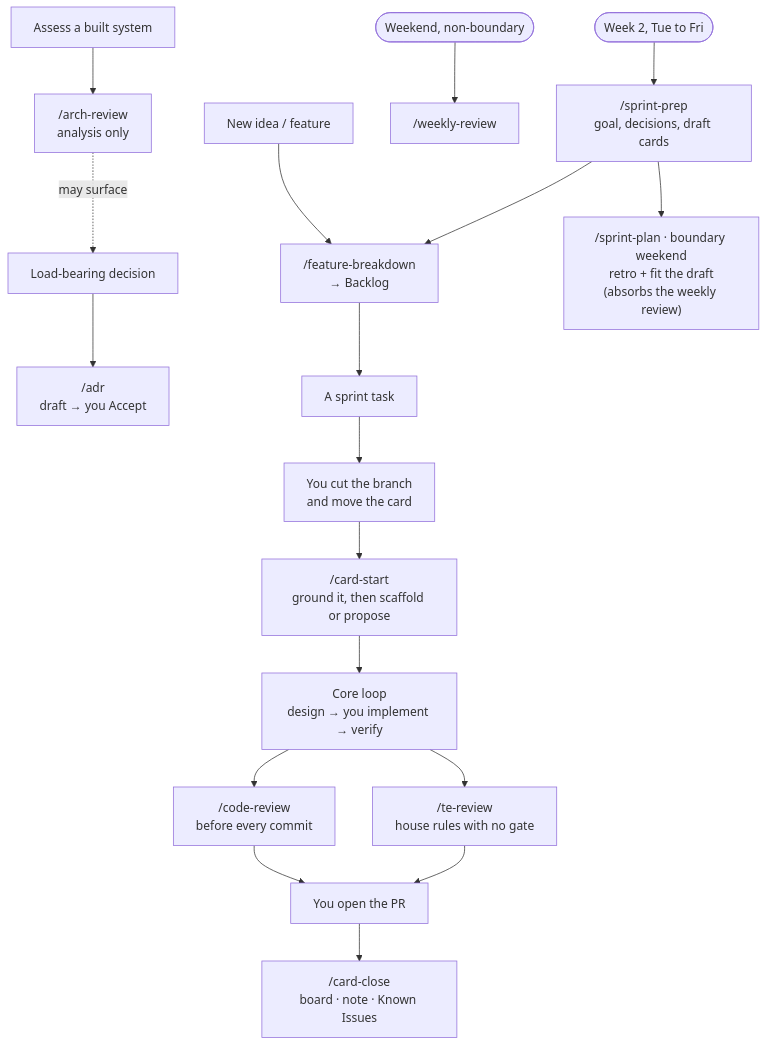
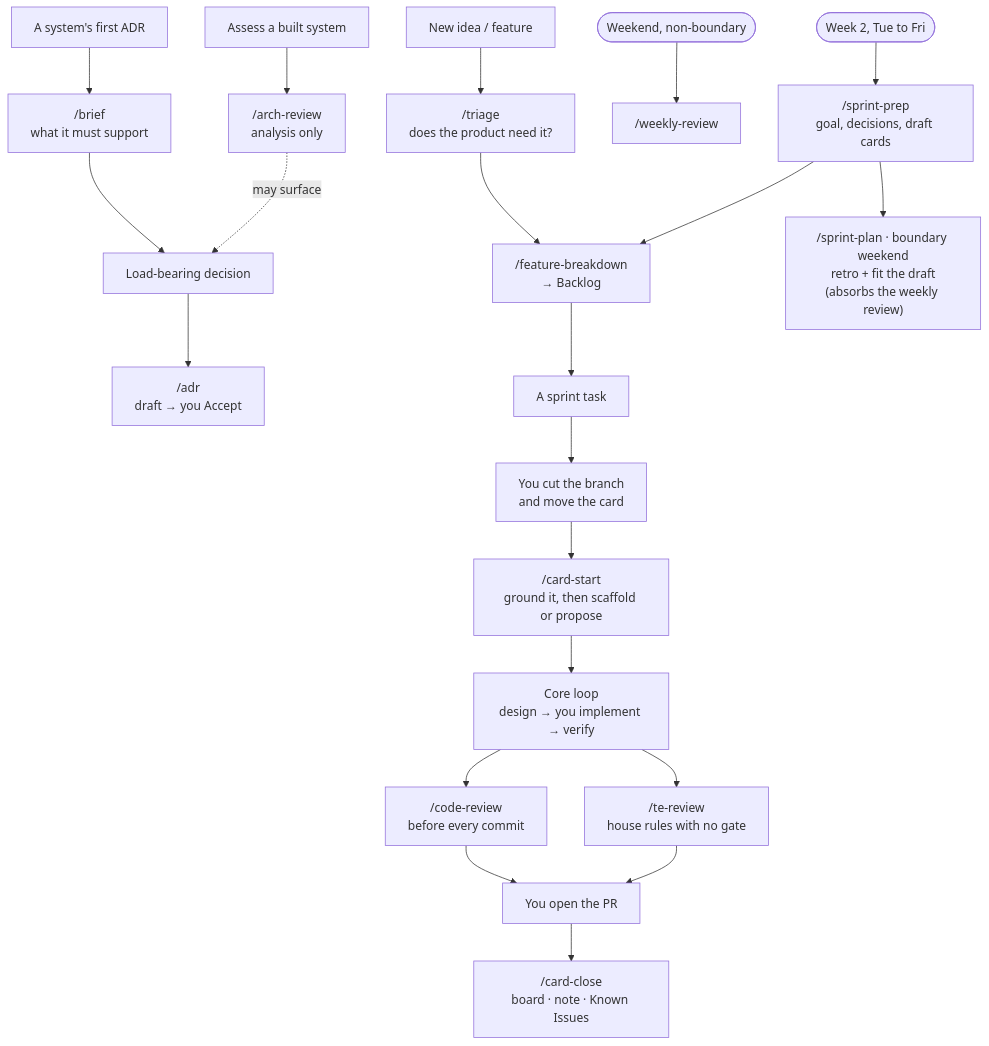
One commit to techattackteam/TechEngine-vault changed the diagram in 08 AI/Working with Claude - Operating Guide.md. Above: the diagram before and after it, drawn with Mermaid. The commit also changed other lines of this file and 21 other files, not shown here.

````diff
--- a/08 AI/Working with Claude - Operating Guide.md
+++ b/08 AI/Working with Claude - Operating Guide.md
@@ -80,19 +84,22 @@
 ```mermaid
 flowchart TD
-  IDEA["New idea / feature"] --> FB["/feature-breakdown<br/>→ Backlog"]
+  IDEA["New idea / feature"] --> TRI["/triage<br/>does the product need it?"]
+  TRI --> FB["/feature-breakdown<br/>→ Backlog"]
+  SYSNEW["A system's first ADR"] --> BR["/brief<br/>what it must support"]
+  BR --> DEC
   DEC["Load-bearing decision"] --> ADR["/adr<br/>draft → you Accept"]
   SYS["Assess a built system"] --> AR["/arch-review<br/>analysis only"]
   AR -. may surface .-> DEC
   FB --> TASK["A sprint task"]
   TASK --> GO["You cut the branch<br/>and move the card"]
   GO --> CS["/card-start<br/>ground it, then scaffold or propose"]
   CS --> LOOP["Core loop<br/>design → you implement → verify"]
   LOOP --> CR["/code-review<br/>before every commit"]
   LOOP --> TR["/te-review<br/>house rules with no gate"]
   CR & TR --> PR["You open the PR"]
   PR --> CC["/card-close<br/>board · note · Known Issues"]
   SUN(["Weekend, non-boundary"]) --> WR["/weekly-review"]
   WK2(["Week 2, Tue to Fri"]) --> PREP["/sprint-prep<br/>goal, decisions, draft cards"]
   PREP --> SP["/sprint-plan · boundary weekend<br/>retro + fit the draft<br/>(absorbs the weekly review)"]
   PREP --> FB
 ```
````
